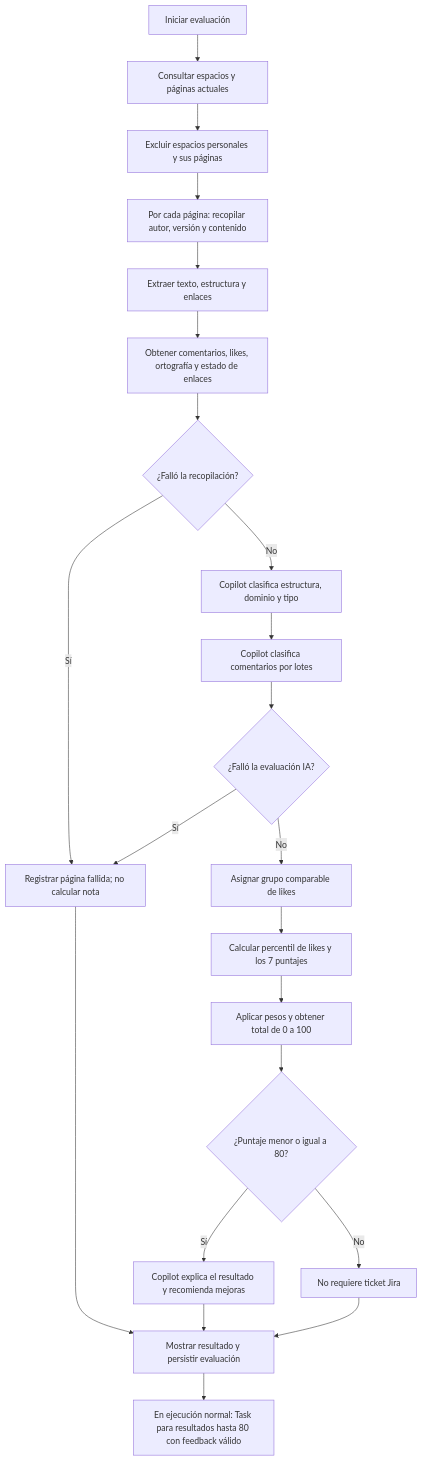
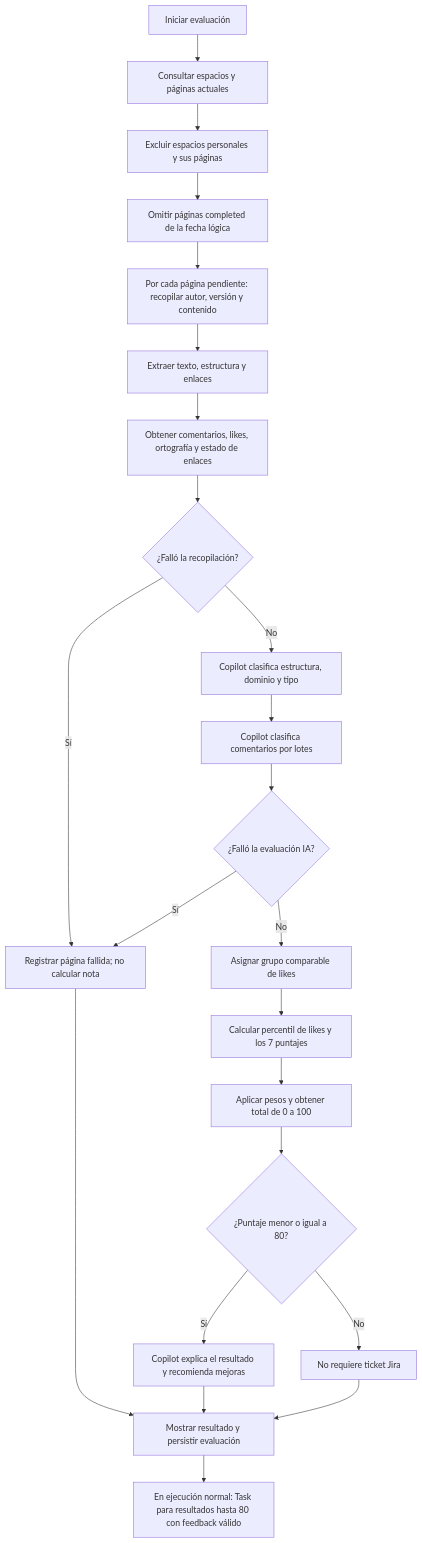
One commit to hackathon-nullpointers/confluence-evaluator changed the diagram in scripts/evaluate_confluence/README.md. Above: the diagram before and after it, drawn with Mermaid. The commit also changed other lines of this file and 4 other files, not shown here.

````diff
--- a/scripts/evaluate_confluence/README.md
+++ b/scripts/evaluate_confluence/README.md
@@ -38,24 +59,25 @@
 ```mermaid
 flowchart TD
     A[Iniciar evaluación] --> B[Consultar espacios y páginas actuales]
     B --> B1[Excluir espacios personales y sus páginas]
-    B1 --> C[Por cada página: recopilar autor, versión y contenido]
+    B1 --> B2[Omitir páginas completed de la fecha lógica]
+    B2 --> C[Por cada página pendiente: recopilar autor, versión y contenido]
     C --> D[Extraer texto, estructura y enlaces]
     D --> E[Obtener comentarios, likes, ortografía y estado de enlaces]
     E --> F{¿Falló la recopilación?}
     F -- Sí --> X[Registrar página fallida; no calcular nota]
     F -- No --> G[Copilot clasifica estructura, dominio y tipo]
     G --> H[Copilot clasifica comentarios por lotes]
     H --> I{¿Falló la evaluación IA?}
     I -- Sí --> X
     I -- No --> J[Asignar grupo comparable de likes]
     J --> K[Calcular percentil de likes y los 7 puntajes]
     K --> L[Aplicar pesos y obtener total de 0 a 100]
     L --> M{¿Puntaje menor o igual a 80?}
     M -- Sí --> N[Copilot explica el resultado y recomienda mejoras]
     M -- No --> O[No requiere ticket Jira]
     N --> P[Mostrar resultado y persistir evaluación]
     O --> P
     P --> Q[En ejecución normal: Task para resultados hasta 80 con feedback válido]
     X --> P
 ```
````
